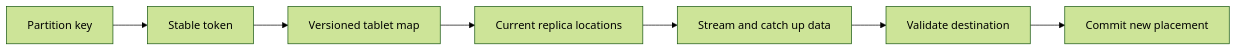
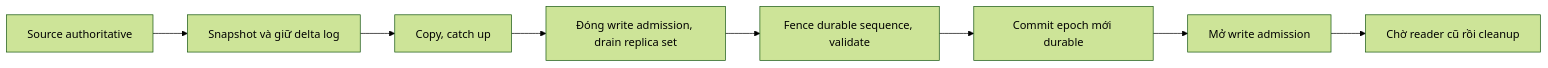
One commit to flynn3103/engineer-lab changed the diagram in scylla/reimplement/feature/09-tablet-placement-split-and-data-migration.md. Above: the diagram before and after it, drawn with Mermaid (forest theme). The commit also changed other lines of this file and 26 other files, not shown here.

````diff
--- a/scylla/reimplement/feature/09-tablet-placement-split-and-data-migration.md
+++ b/scylla/reimplement/feature/09-tablet-placement-split-and-data-migration.md
@@ -20,9 +29,10 @@
 ```mermaid
 flowchart LR
-    K[Partition key] --> T[Stable token]
-    T --> M[Versioned tablet map]
-    M --> R[Current replica locations]
-    R --> S[Stream and catch up data]
-    S --> V[Validate destination]
-    V --> C[Commit new placement]
+    P[Source authoritative] --> S[Snapshot và giữ delta log]
+    S --> C[Copy, catch up]
+    C --> B[Đóng write admission, drain replica set]
+    B --> F[Fence durable sequence, validate]
+    F --> M[Commit epoch mới durable]
+    M --> O[Mở write admission]
+    O --> G[Chờ reader cũ rồi cleanup]
 ```
````
